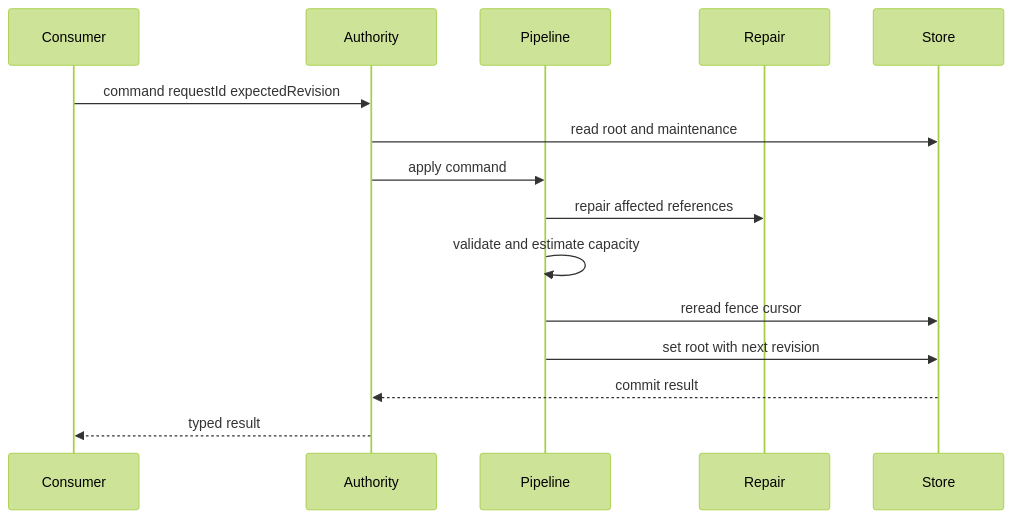
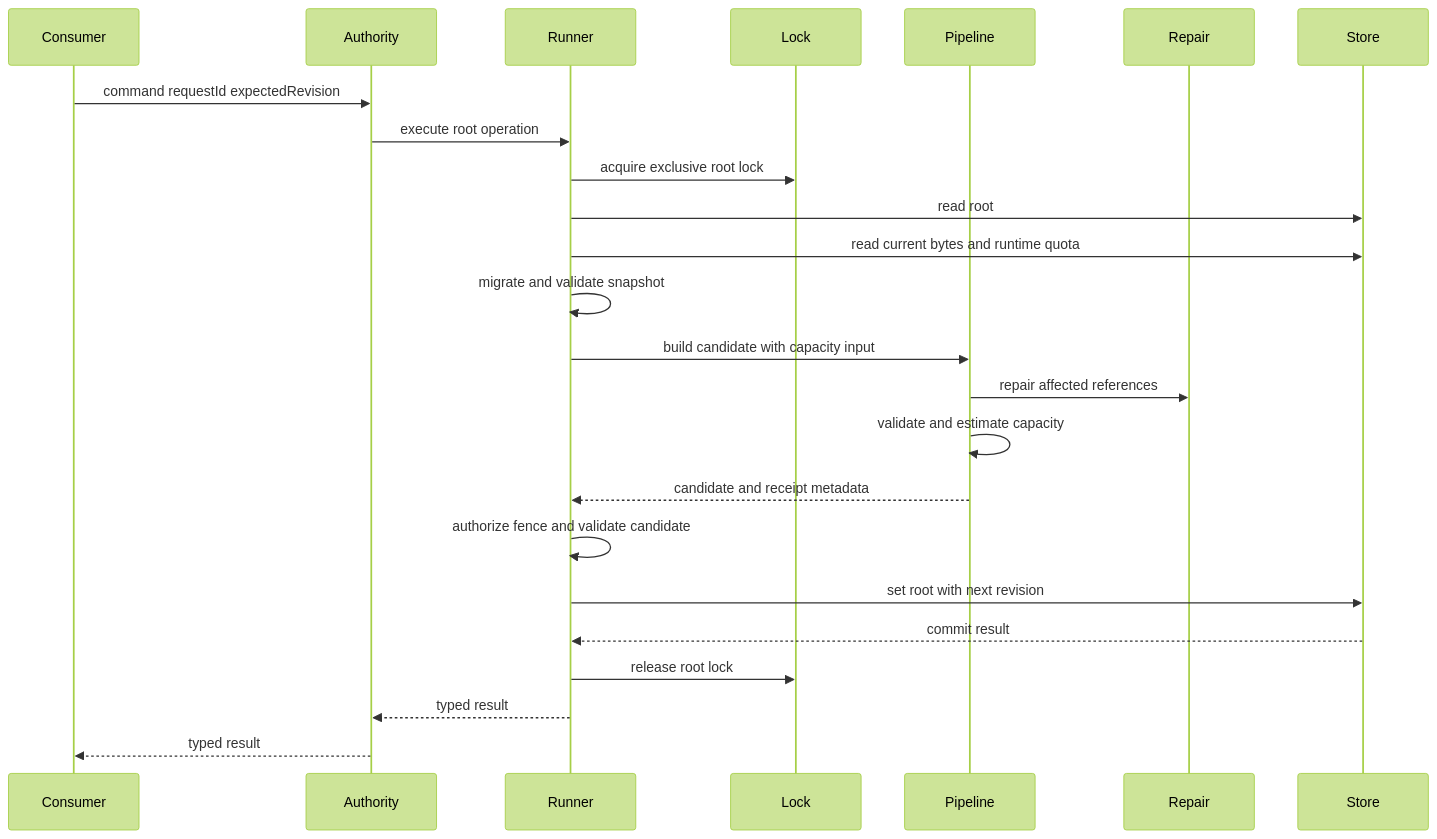
One commit to Huruikagi/pc-build-planner changed the second of 4 diagrams in .kiro/specs/local-data-foundation/design.md. Above: the diagram before and after it, drawn with Mermaid (forest theme). The commit also changed other lines of this file and 11 other files, not shown here.

````diff
--- a/.kiro/specs/local-data-foundation/design.md
+++ b/.kiro/specs/local-data-foundation/design.md
@@ -129,17 +148,26 @@
 ```mermaid
 sequenceDiagram
     participant Consumer
     participant Authority
+    participant Runner
+    participant Lock
     participant Pipeline
     participant Repair
     participant Store
     Consumer->>Authority: command requestId expectedRevision
-    Authority->>Store: read root and maintenance
-    Authority->>Pipeline: apply command
+    Authority->>Runner: execute root operation
+    Runner->>Lock: acquire exclusive root lock
+    Runner->>Store: read root
+    Runner->>Store: read current bytes and runtime quota
+    Runner->>Runner: migrate and validate snapshot
+    Runner->>Pipeline: build candidate with capacity input
     Pipeline->>Repair: repair affected references
     Pipeline->>Pipeline: validate and estimate capacity
-    Pipeline->>Store: reread fence cursor
-    Pipeline->>Store: set root with next revision
-    Store-->>Authority: commit result
+    Pipeline-->>Runner: candidate and receipt metadata
+    Runner->>Runner: authorize fence and validate candidate
+    Runner->>Store: set root with next revision
+    Store-->>Runner: commit result
+    Runner->>Lock: release root lock
+    Runner-->>Authority: typed result
     Authority-->>Consumer: typed result
 ```
````
